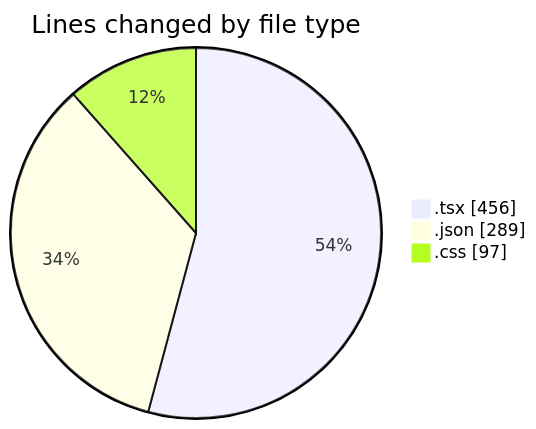
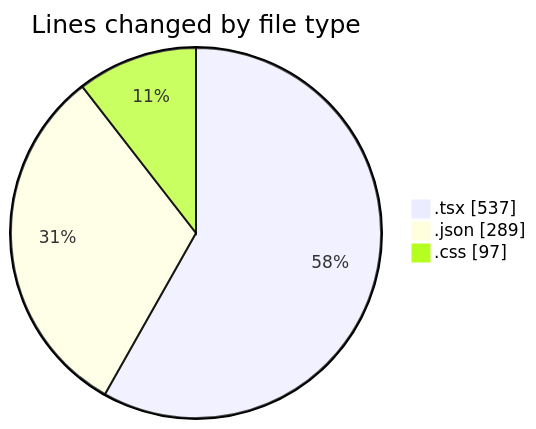
The first of 2 diagrams in 2025-05-04/niten/README.md (Elitesun/code-tracking), drawn with Mermaid before and after one commit. The commit also changed other lines of this file and 1 other file, not shown here.

````diff
--- a/2025-05-04/niten/README.md
+++ b/2025-05-04/niten/README.md
@@ -33,7 +33,7 @@
 ```mermaid
 pie showData
 title Lines changed by file type
-".tsx" : 456
+".tsx" : 537
 ".json" : 289
 ".css" : 97
 ```
````
